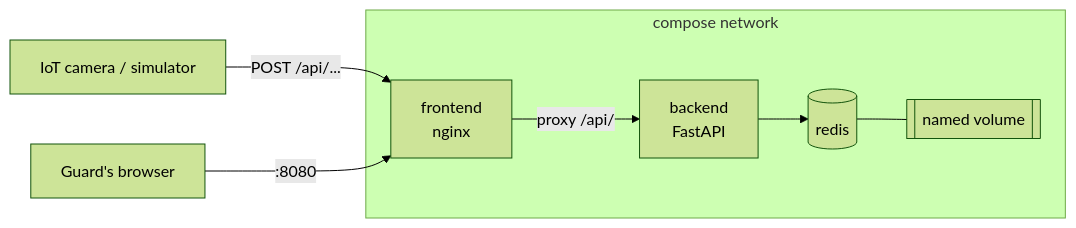
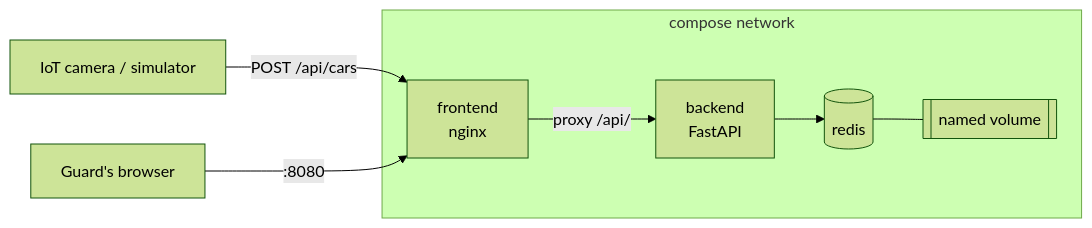
One commit to xcv1h/Smart-PortingLot changed the diagram in README.md. Above: the diagram before and after it, drawn with Mermaid (forest theme). The commit also changed other lines of this file and 1 other file, not shown here.

````diff
--- a/README.md
+++ b/README.md
@@ -29,10 +29,10 @@
 ```mermaid
 flowchart LR
-    cam[IoT camera / simulator] -- "POST /api/..." --> nginx
+    cam[IoT camera / simulator] -- "POST /api/cars" --> nginx
     guard[Guard's browser] -- ":8080" --> nginx
     subgraph compose network
         nginx[frontend<br/>nginx] -- "proxy /api/" --> api[backend<br/>FastAPI]
         api --> redis[(redis)]
         redis --- vol[[named volume]]
     end
 ```
````
